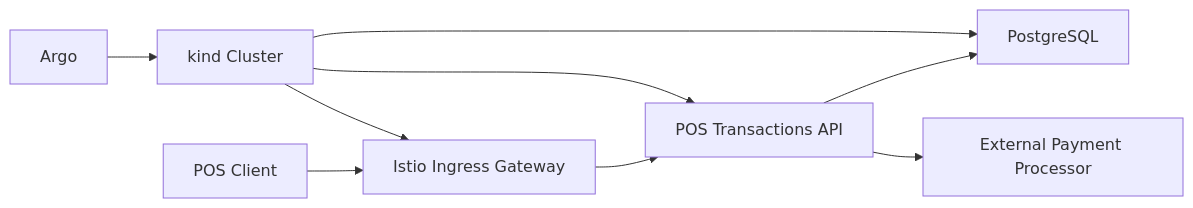
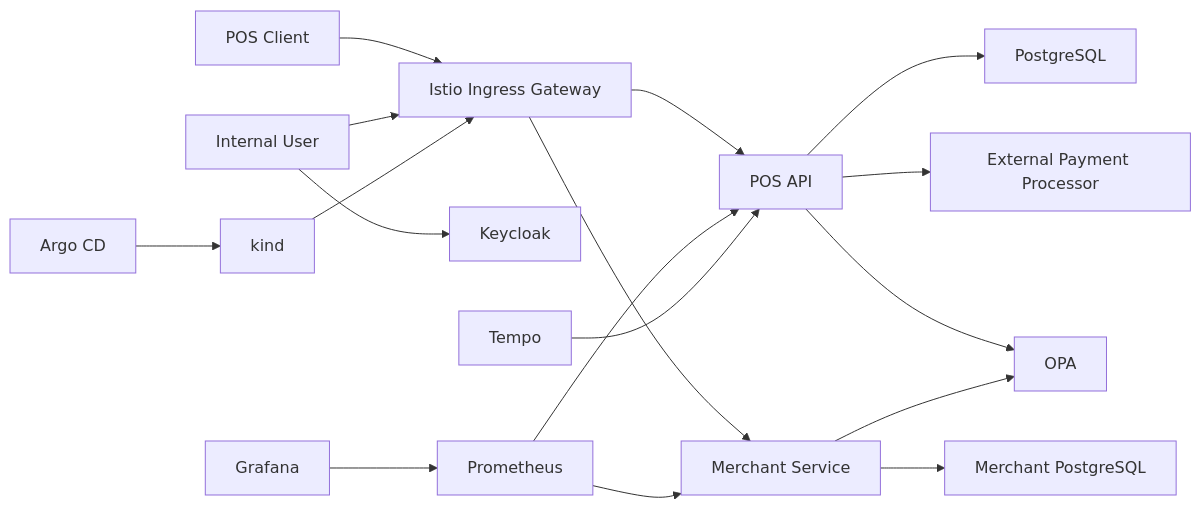
One commit to dennisrojaspereira/poc-pos changed the first of 2 diagrams in README.md. Above: the diagram before and after it, drawn with Mermaid. The commit also changed other lines of this file and 47 other files, not shown here.

First line of the commit message:
feat: add merchant service with CRUD operations and OPA authorization

````diff
--- a/README.md
+++ b/README.md
@@ -18,11 +16,19 @@
 ```mermaid
 flowchart LR
     Client["POS Client"] --> Gateway["Istio Ingress Gateway"]
-    Gateway --> Api["POS Transactions API"]
-    Api --> Db["PostgreSQL"]
-    Api --> External["External Payment Processor"]
-    Argo["Argo"] --> Kind["kind Cluster"]
-    Kind --> Gateway
-    Kind --> Api
-    Kind --> Db
+    User["Internal User"] --> IdP["Keycloak"]
+    User --> Gateway
+    Gateway --> Pos["POS API"]
+    Gateway --> Merchant["Merchant Service"]
+    Pos --> PosDb["PostgreSQL"]
+    Merchant --> MerchantDb["Merchant PostgreSQL"]
+    Pos --> Processor["External Payment Processor"]
+    Pos --> Opa["OPA"]
+    Merchant --> Opa
+    Prometheus["Prometheus"] --> Pos
+    Prometheus --> Merchant
+    Grafana["Grafana"] --> Prometheus
+    Tempo["Tempo"] --> Pos
+    Kind["kind"] --> Gateway
+    Argo["Argo CD"] --> Kind
 ```
````
